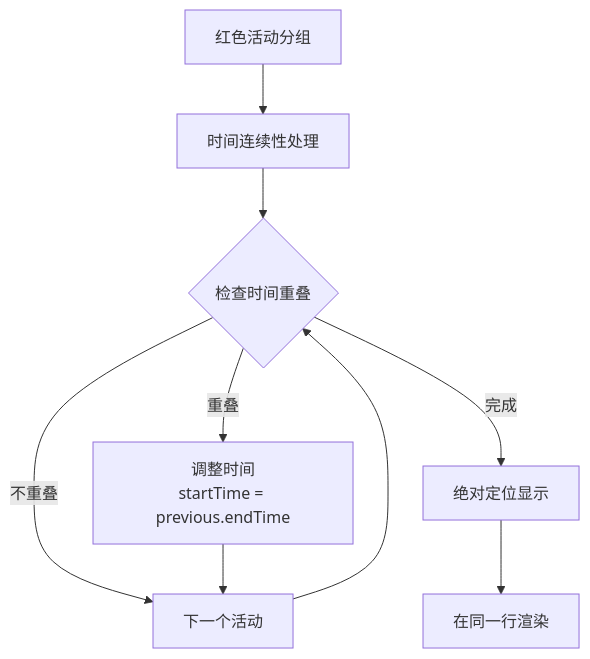
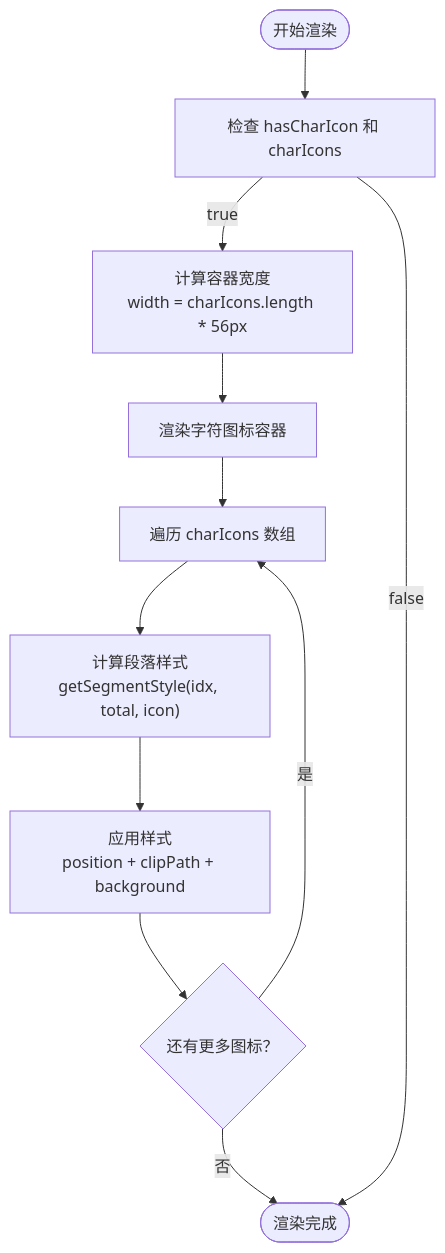
Before and after one commit to xuanyulingnfeg/gameCalendar: the fourth of 9 diagrams in .qoder/repowiki/zh/content/核心组件/ActivityBar 活动条目组件.md, drawn with Mermaid. The commit also changed other lines of this file and 7 other files, not shown here.

````diff
--- a/.qoder/repowiki/zh/content/核心组件/ActivityBar 活动条目组件.md
+++ b/.qoder/repowiki/zh/content/核心组件/ActivityBar 活动条目组件.md
@@ -201,11 +200,13 @@
 ```mermaid
 flowchart TD
-RedGroup[红色活动分组] --> TimeContinuity["时间连续性处理"]
-TimeContinuity --> CheckOverlap{"检查时间重叠"}
-CheckOverlap --> |重叠| AdjustTime["调整时间<br/>startTime = previous.endTime"]
-CheckOverlap --> |不重叠| NextActivity["下一个活动"]
-AdjustTime --> NextActivity
-NextActivity --> CheckOverlap
-CheckOverlap --> |完成| AbsolutePosition["绝对定位显示"]
-AbsolutePosition --> RenderRow["在同一行渲染"]
+Start([开始渲染]) --> CheckCharIcon["检查 hasCharIcon 和 charIcons"]
+CheckCharIcon --> |true| CalcWidth["计算容器宽度<br/>width = charIcons.length * 56px"]
+CalcWidth --> RenderContainer["渲染字符图标容器"]
+RenderContainer --> LoopIcons["遍历 charIcons 数组"]
+LoopIcons --> CalcSegment["计算段落样式<br/>getSegmentStyle(idx, total, icon)"]
+CalcSegment --> ApplyStyles["应用样式<br/>position + clipPath + background"]
+ApplyStyles --> NextIcon{"还有更多图标？"}
+NextIcon --> |是| LoopIcons
+NextIcon --> |否| End([渲染完成])
+CheckCharIcon --> |false| End
 ```
````
